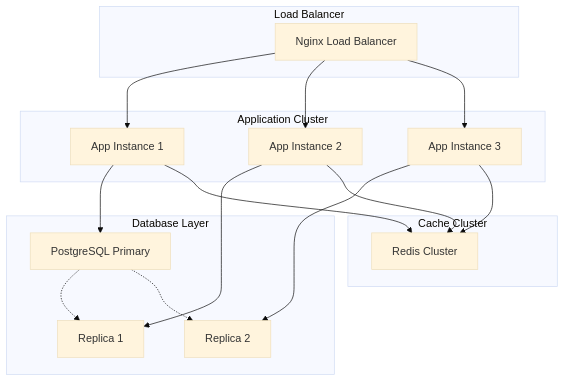
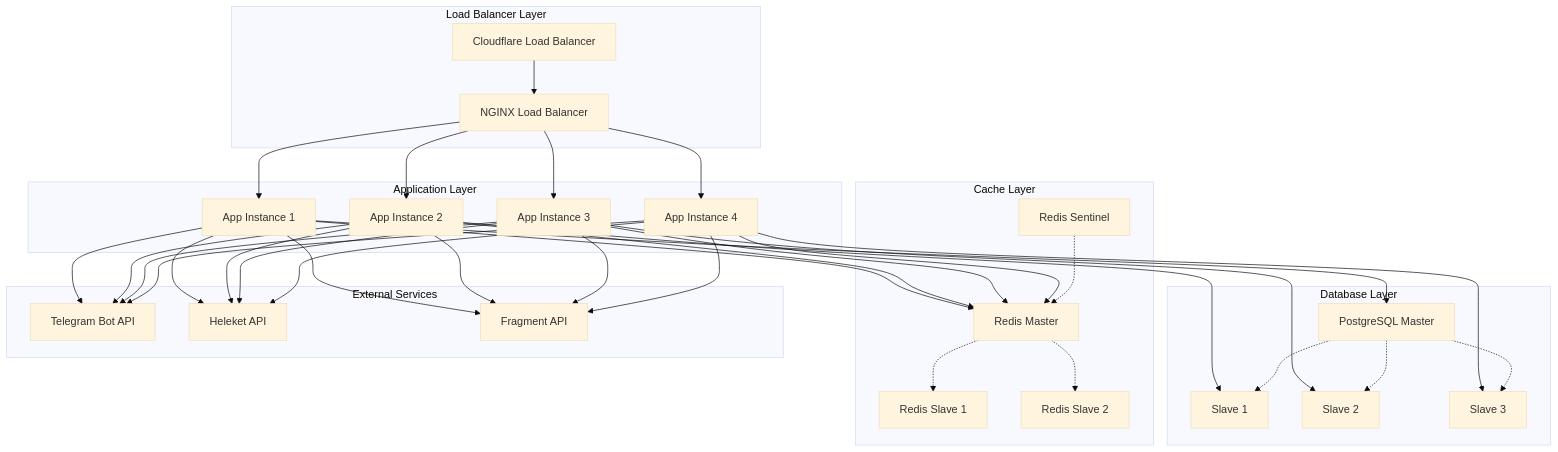
Before and after one commit to neKamita/Mirza-Telegram-Shop-Bot: diagram 12 of 15 in docs/ARCHITECTURE.md, drawn with Mermaid (base theme). The commit also changed other lines of this file and 7 other files, not shown here.

````diff
--- a/docs/ARCHITECTURE.md
+++ b/docs/ARCHITECTURE.md
@@ -433,37 +753,73 @@
 ```mermaid
 graph TB
-    subgraph "Load Balancer"
-        LB[Nginx Load Balancer]
+    subgraph "Load Balancer Layer"
+        NGINX[NGINX Load Balancer]
+        CLOUDFLARE[Cloudflare Load Balancer]
     end
-    
-    subgraph "Application Cluster"
+
+    subgraph "Application Layer"
         APP1[App Instance 1]
         APP2[App Instance 2]
         APP3[App Instance 3]
+        APP4[App Instance 4]
     end
-    
+
     subgraph "Database Layer"
-        PG_PRIMARY[PostgreSQL Primary]
-        PG_REPLICA1[Replica 1]
-        PG_REPLICA2[Replica 2]
+        PG_MASTER[PostgreSQL Master]
+        PG_SLAVE1[Slave 1]
+        PG_SLAVE2[Slave 2]
+        PG_SLAVE3[Slave 3]
     end
-    
-    subgraph "Cache Cluster"
-        REDIS_CLUSTER[Redis Cluster]
+
+    subgraph "Cache Layer"
+        REDIS_MASTER[Redis Master]
+        REDIS_SLAVE1[Redis Slave 1]
+        REDIS_SLAVE2[Redis Slave 2]
+        REDIS_SENTINEL[Redis Sentinel]
     end
-    
-    LB --> APP1
-    LB --> APP2
-    LB --> APP3
-    
-    APP1 --> PG_PRIMARY
-    APP2 --> PG_REPLICA1
-    APP3 --> PG_REPLICA2
-    
-    APP1 --> REDIS_CLUSTER
-    APP2 --> REDIS_CLUSTER
-    APP3 --> REDIS_CLUSTER
-    
-    PG_PRIMARY -.-> PG_REPLICA1
-    PG_PRIMARY -.-> PG_REPLICA2
+
+    subgraph "External Services"
+        TG_BOT[Telegram Bot API]
+        HELEKET[Heleket API]
+        FRAGMENT[Fragment API]
+    end
+
+    CLOUDFLARE --> NGINX
+    NGINX --> APP1
+    NGINX --> APP2
+    NGINX --> APP3
+    NGINX --> APP4
+
+    APP1 --> PG_MASTER
+    APP2 --> PG_SLAVE1
+    APP3 --> PG_SLAVE2
+    APP4 --> PG_SLAVE3
+
+    PG_MASTER -.-> PG_SLAVE1
+    PG_MASTER -.-> PG_SLAVE2
+    PG_MASTER -.-> PG_SLAVE3
+
+    APP1 --> REDIS_MASTER
+    APP2 --> REDIS_MASTER
+    APP3 --> REDIS_MASTER
+    APP4 --> REDIS_MASTER
+
+    REDIS_MASTER -.-> REDIS_SLAVE1
+    REDIS_MASTER -.-> REDIS_SLAVE2
+    REDIS_SENTINEL -.-> REDIS_MASTER
+
+    APP1 --> TG_BOT
+    APP2 --> TG_BOT
+    APP3 --> TG_BOT
+    APP4 --> TG_BOT
+
+    APP1 --> HELEKET
+    APP2 --> HELEKET
+    APP3 --> HELEKET
+    APP4 --> HELEKET
+
+    APP1 --> FRAGMENT
+    APP2 --> FRAGMENT
+    APP3 --> FRAGMENT
+    APP4 --> FRAGMENT
 ```
````
